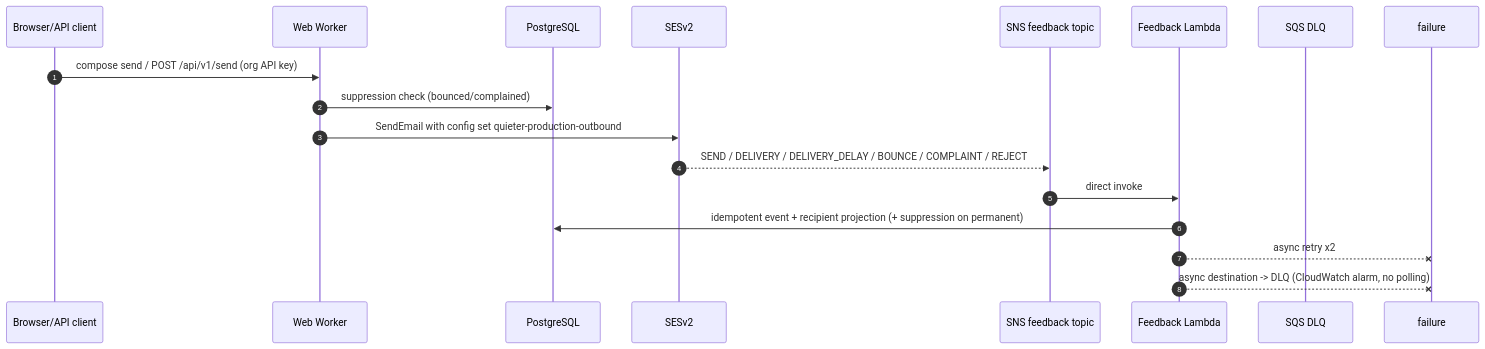
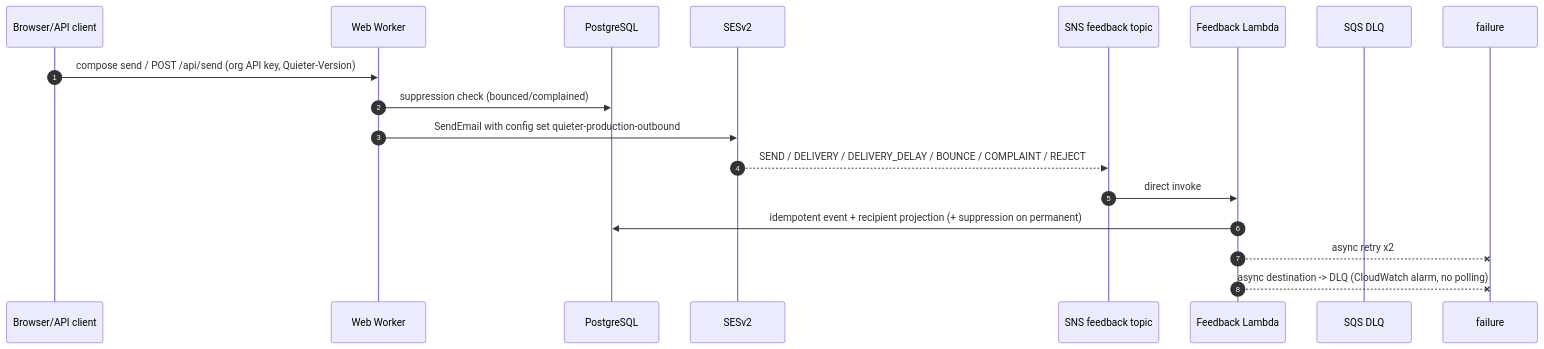
The fifth of 6 diagrams in docs/infrastructure-map.md (quieter-email/quieter), drawn with Mermaid before and after one commit. The commit also changed other lines of this file and 35 other files, not shown here.

First line of the commit message:
feat(api)!: require Quieter-Version and drop /v1 paths (#440)

````diff
--- a/docs/infrastructure-map.md
+++ b/docs/infrastructure-map.md
@@ -227,20 +227,20 @@
 ```mermaid
 sequenceDiagram
     autonumber
     participant B as Browser/API client
     participant W as Web Worker
     participant DB as PostgreSQL
     participant SES as SESv2
     participant SN as SNS feedback topic
     participant L as Feedback Lambda
     participant DLQ as SQS DLQ
 
-    B->>W: compose send / POST /api/v1/send (org API key)
+    B->>W: compose send / POST /api/send (org API key, Quieter-Version)
     W->>DB: suppression check (bounced/complained)
     W->>SES: SendEmail with config set quieter-production-outbound
     SES-->>SN: SEND / DELIVERY / DELIVERY_DELAY / BOUNCE / COMPLAINT / REJECT
     SN->>L: direct invoke
     L->>DB: idempotent event + recipient projection (+ suppression on permanent)
     L--x failure: async retry x2
     L--x failure: async destination -> DLQ (CloudWatch alarm, no polling)
 ```
````
